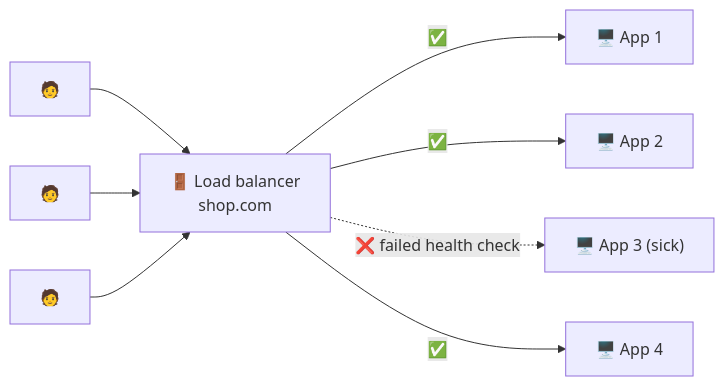
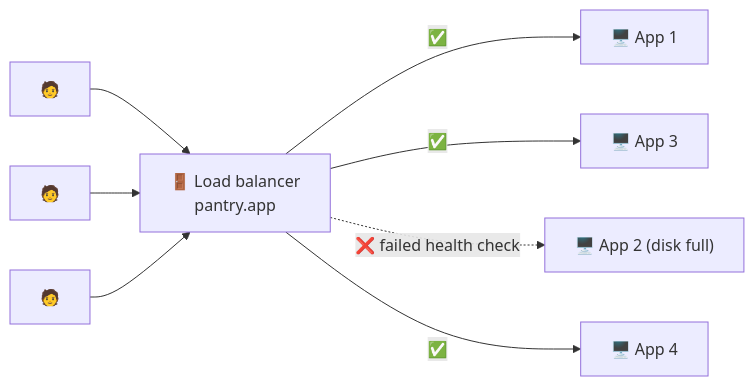
One commit to winnyboy5/System-Design-from-Atoms changed the diagram in phases/03-scaling-basics/019-load-balancers.md. Above: the diagram before and after it, drawn with Mermaid. The commit also changed other lines of this file and 9 other files, not shown here.

````diff
--- a/phases/03-scaling-basics/019-load-balancers.md
+++ b/phases/03-scaling-basics/019-load-balancers.md
@@ -28,10 +38,10 @@
 ```mermaid
 flowchart LR
     U1["🧑"] --> LB
     U2["🧑"] --> LB
-    U3["🧑"] --> LB["🚪 Load balancer<br/>shop.com"]
+    U3["🧑"] --> LB["🚪 Load balancer<br/>pantry.app"]
     LB -->|"✅"| S1["🖥️ App 1"]
-    LB -->|"✅"| S2["🖥️ App 2"]
-    LB -.->|"❌ failed health check"| S3["🖥️ App 3 (sick)"]
+    LB -->|"✅"| S2["🖥️ App 3"]
+    LB -.->|"❌ failed health check"| S3["🖥️ App 2 (disk full)"]
     LB -->|"✅"| S4["🖥️ App 4"]
 ```
````
